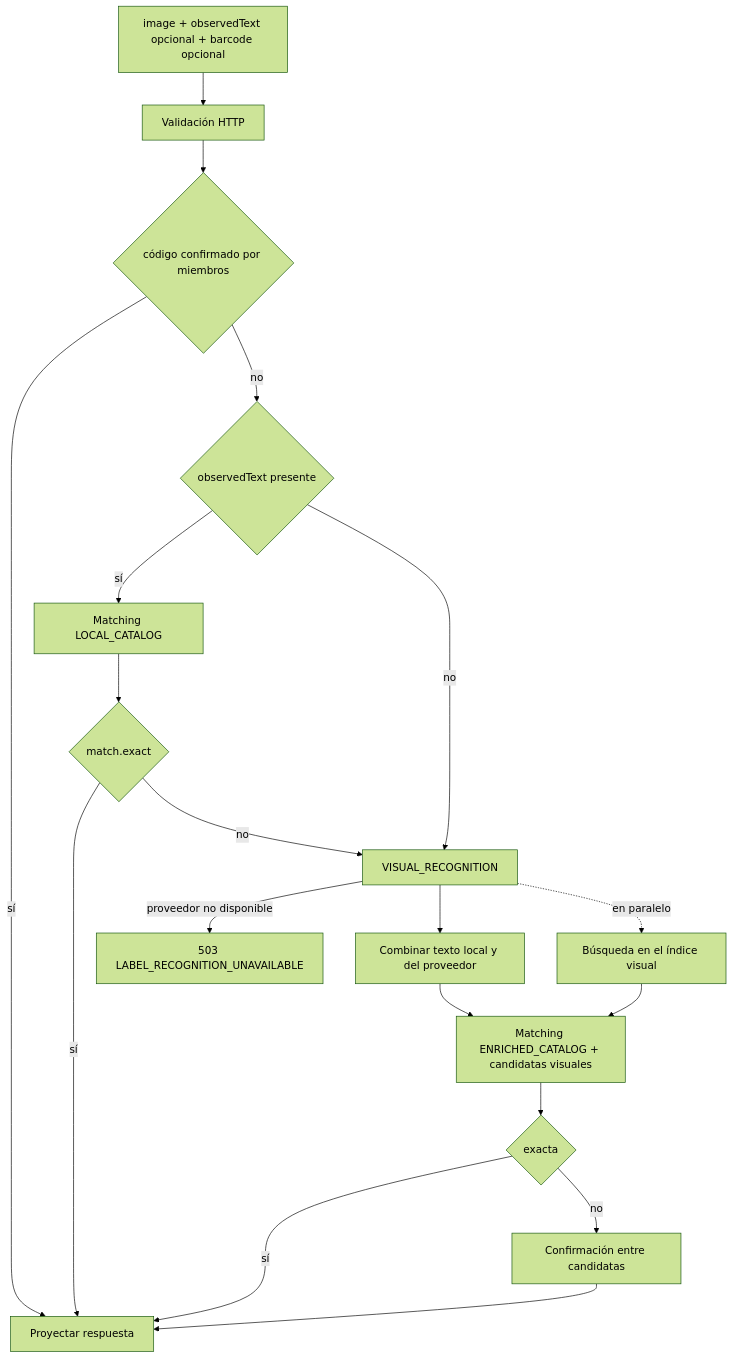
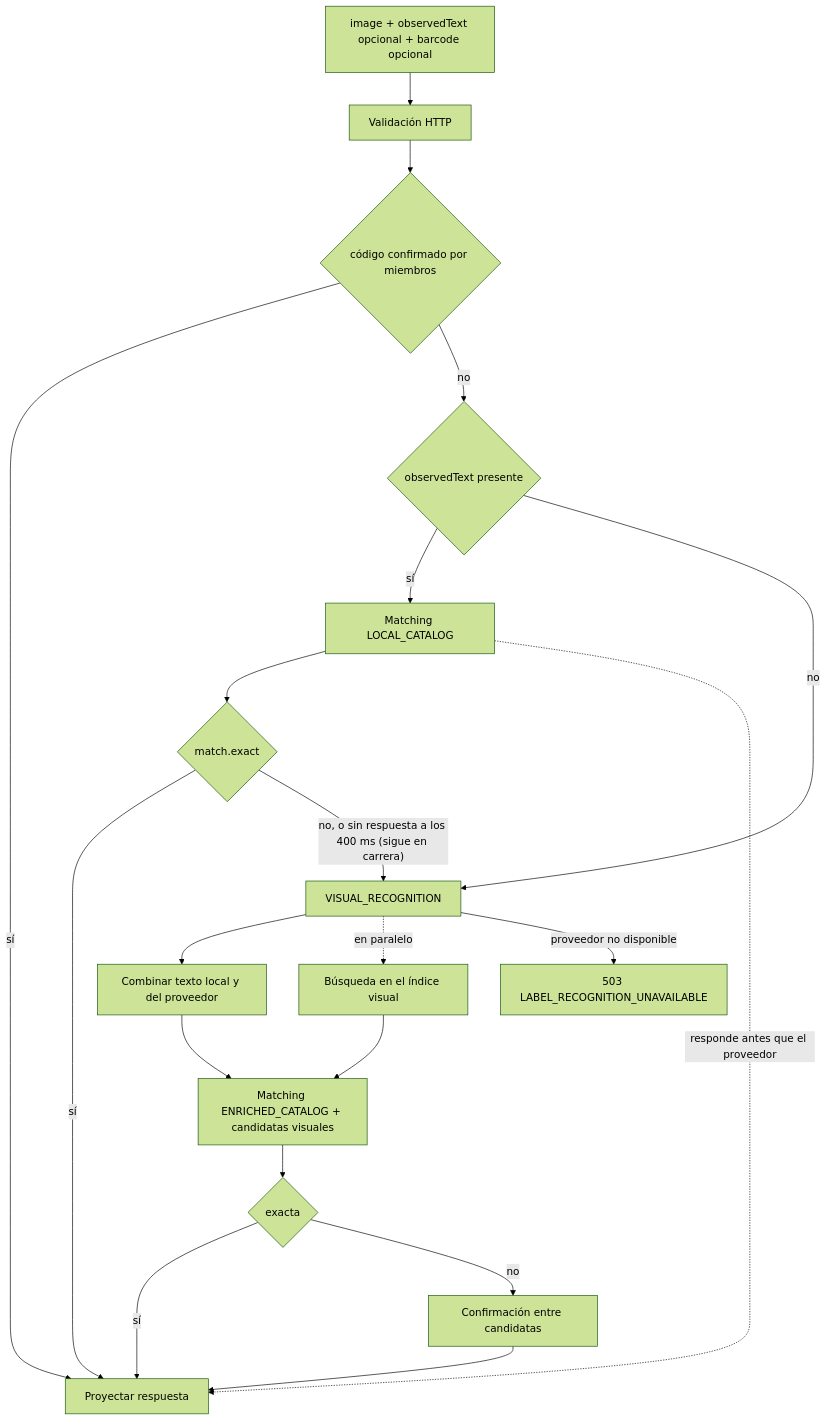
One commit to Bielaszczuk/vinnot-demo changed the fifth of 10 diagrams in docs/es/modules/wines/architecture.md. Above: the diagram before and after it, drawn with Mermaid (forest theme). The commit also changed other lines of this file and 12 other files, not shown here.

````diff
--- a/docs/es/modules/wines/architecture.md
+++ b/docs/es/modules/wines/architecture.md
@@ -201,21 +201,22 @@
 ```mermaid
 flowchart TD
     HTTP["image + observedText opcional + barcode opcional"] --> VALIDATE["Validación HTTP"]
     VALIDATE --> BARCODE{"código confirmado por miembros"}
     BARCODE -->|sí| RETURN
     BARCODE -->|no| OCR{"observedText presente"}
     OCR -->|sí| LOCAL["Matching LOCAL_CATALOG"]
     LOCAL --> EXACT{"match.exact"}
     EXACT -->|sí| RETURN["Proyectar respuesta"]
-    EXACT -->|no| VISION["VISUAL_RECOGNITION"]
+    EXACT -->|"no, o sin respuesta a los 400 ms (sigue en carrera)"| VISION["VISUAL_RECOGNITION"]
+    LOCAL -.->|"responde antes que el proveedor"| RETURN
     OCR -->|no| VISION
     VISION --> MERGE["Combinar texto local y del proveedor"]
     VISION -.->|en paralelo| VISUAL["Búsqueda en el índice visual"]
     MERGE --> CATALOG["Matching ENRICHED_CATALOG + candidatas visuales"]
     VISUAL --> CATALOG
     CATALOG --> VERIFY{"exacta"}
     VERIFY -->|sí| RETURN
     VERIFY -->|no| PICK["Confirmación entre candidatas"]
     PICK --> RETURN
     VISION -->|proveedor no disponible| ERROR["503 LABEL_RECOGNITION_UNAVAILABLE"]
 ```
````
